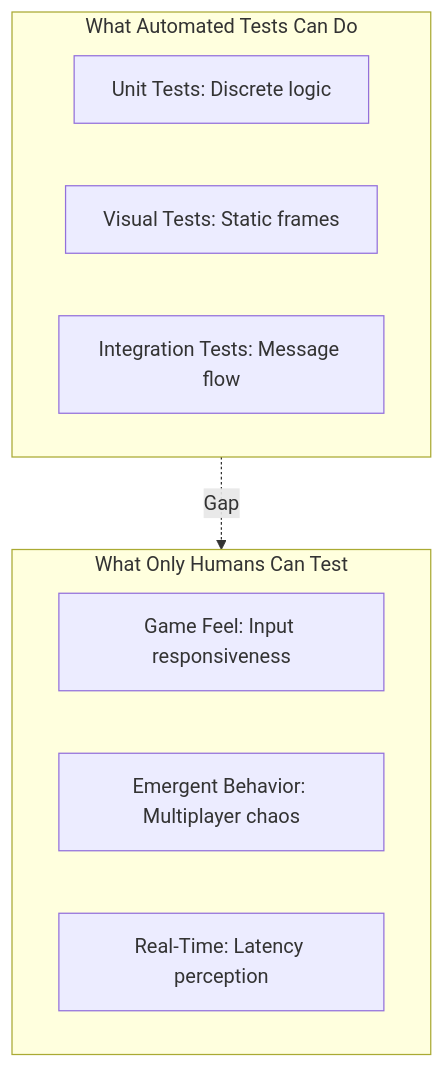
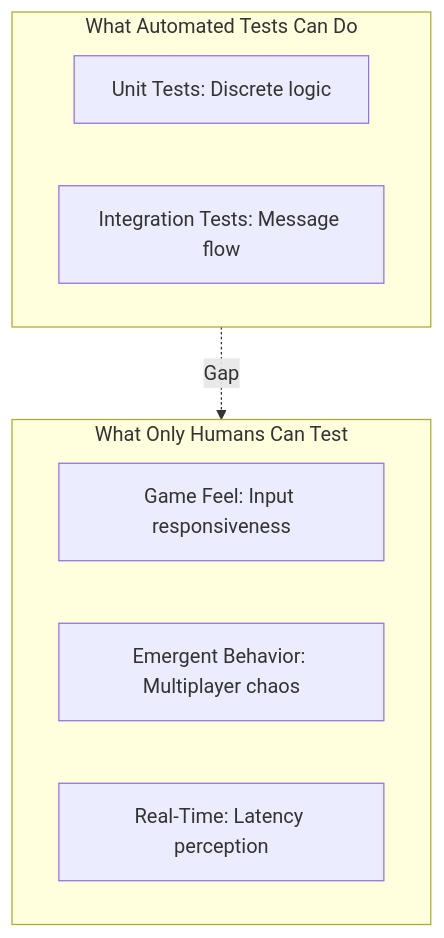
The third of 5 diagrams in docs/TESTING-STRATEGY.md (mtomcal/stick-rumble), drawn with Mermaid before and after one commit. The commit also changed other lines of this file and 74 other files, not shown here.

````diff
--- a/docs/TESTING-STRATEGY.md
+++ b/docs/TESTING-STRATEGY.md
@@ -424,16 +249,15 @@
 ```mermaid
 flowchart TB
     subgraph Automated["What Automated Tests Can Do"]
         Unit["Unit Tests: Discrete logic"]
-        Visual["Visual Tests: Static frames"]
         Integration["Integration Tests: Message flow"]
     end
 
     subgraph Human["What Only Humans Can Test"]
         Feel["Game Feel: Input responsiveness"]
         Emergent["Emergent Behavior: Multiplayer chaos"]
         Realtime["Real-Time: Latency perception"]
     end
 
     Automated -.->|"Gap"| Human
 ```
````
